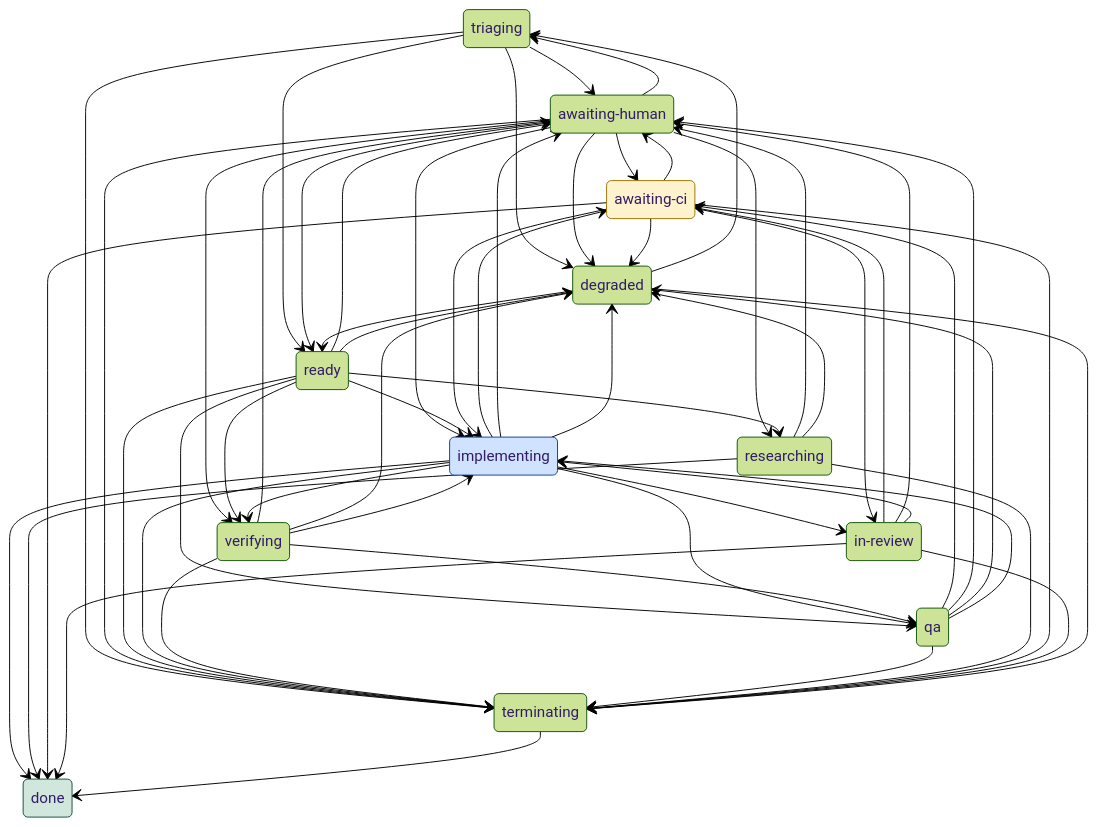
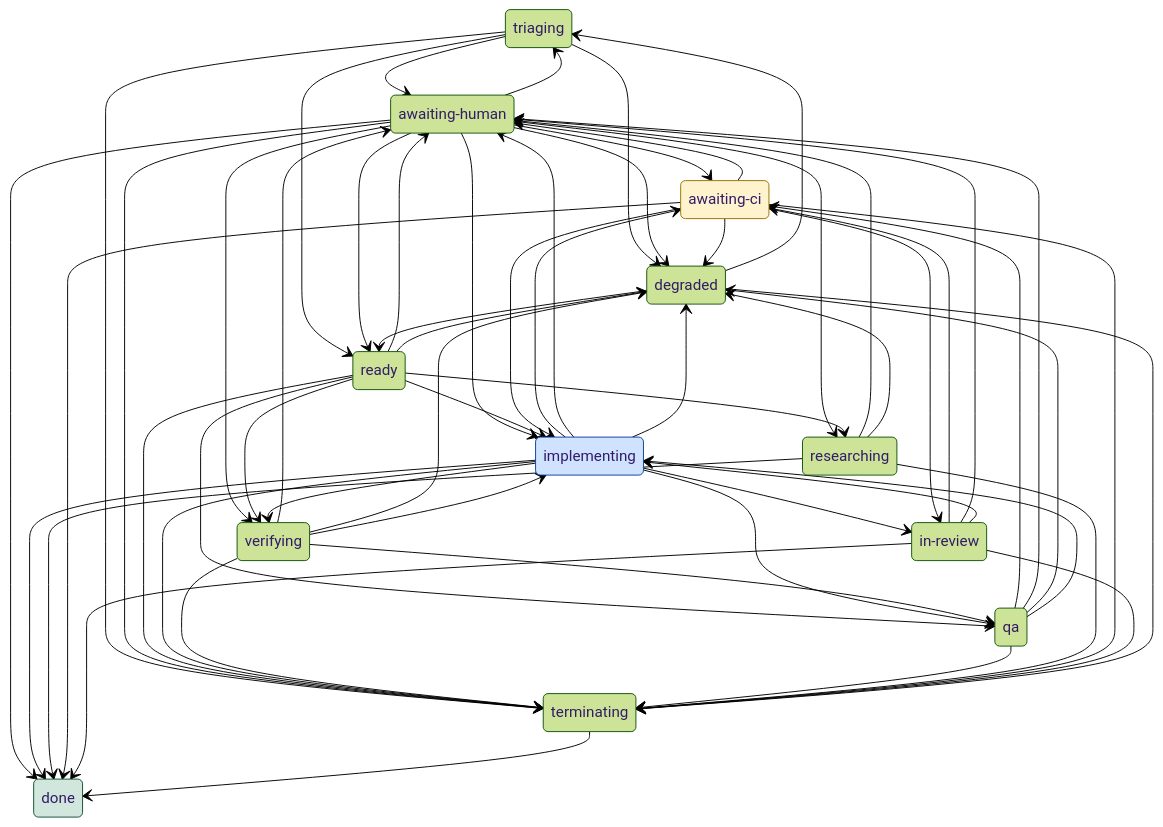
The diagram in docs/state-machine.md (cortop/maestro), drawn with Mermaid (forest theme) before and after one commit. The commit also changed 7 other files, not shown here.

````diff
--- a/docs/state-machine.md
+++ b/docs/state-machine.md
@@ -7,78 +7,79 @@
 ```mermaid
 stateDiagram-v2
     state "triaging" as triaging
     state "awaiting-human" as awaiting_human
     state "ready" as ready
     state "implementing" as implementing
     state "verifying" as verifying
     state "qa" as qa
     state "researching" as researching
     state "awaiting-ci" as awaiting_ci
     state "in-review" as in_review
     state "degraded" as degraded
     state "terminating" as terminating
     state "done" as done
     triaging --> awaiting_human
     triaging --> degraded
     triaging --> ready
     triaging --> terminating
     awaiting_human --> awaiting_ci
     awaiting_human --> degraded
+    awaiting_human --> done
     awaiting_human --> implementing
     awaiting_human --> ready
     awaiting_human --> researching
     awaiting_human --> terminating
     awaiting_human --> triaging
     awaiting_human --> verifying
     ready --> awaiting_human
     ready --> degraded
     ready --> implementing
     ready --> qa
     ready --> researching
     ready --> terminating
     ready --> verifying
     implementing --> awaiting_ci
     implementing --> awaiting_human
     implementing --> degraded
     implementing --> done
     implementing --> in_review
     implementing --> qa
     implementing --> terminating
     implementing --> verifying
     verifying --> awaiting_human
     verifying --> degraded
     verifying --> implementing
     verifying --> qa
     verifying --> terminating
     qa --> awaiting_ci
     qa --> awaiting_human
     qa --> degraded
     qa --> implementing
     qa --> terminating
     researching --> awaiting_human
     researching --> degraded
     researching --> done
     researching --> terminating
     awaiting_ci --> awaiting_human
     awaiting_ci --> degraded
     awaiting_ci --> done
     awaiting_ci --> implementing
     awaiting_ci --> in_review
     awaiting_ci --> terminating
     in_review --> awaiting_ci
     in_review --> awaiting_human
     in_review --> done
     in_review --> implementing
     in_review --> terminating
     degraded --> ready
     degraded --> terminating
     degraded --> triaging
     terminating --> done
 
     classDef sleeping fill:#fff3cd,stroke:#997404
     classDef terminal fill:#d1e7dd,stroke:#0f5132
     classDef active fill:#cfe2ff,stroke:#084298
     class awaiting_ci awaiting_human degraded in_review verifying sleeping
     class done terminal
     class implementing qa ready researching terminating triaging active
 ```
````
